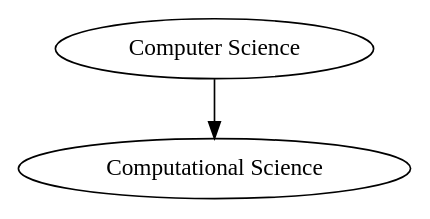
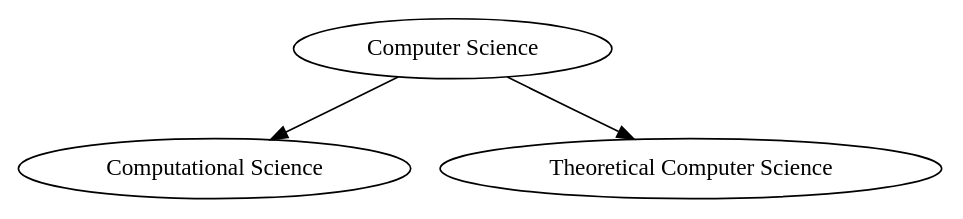
Before and after one commit to vinodkd/read_wiki_cs: the diagram in wiki_cs.gv, drawn with Graphviz.

Commit message:
added theoretical science

```diff
--- a/wiki_cs.gv
+++ b/wiki_cs.gv
@@ -1,6 +1,8 @@
 digraph CS{
-	computer_science[label="Computer Science"]
-	computational_science[label="Computational Science"]
+	computer_science[label="Computer Science",url="http://en.wikipedia.org/wiki/Computer_science"]
+	computational_science[label="Computational Science",url="http://en.wikipedia.org/wiki/Computational_science"]
+	theoretical_computer_science[label="Theoretical Computer Science",url="http://en.wikipedia.org/wiki/Theoretical_computer_science"]
 
 	computer_science -> computational_science //rich; come back to this later.
+	computer_science -> theoretical_computer_science
 }
```
